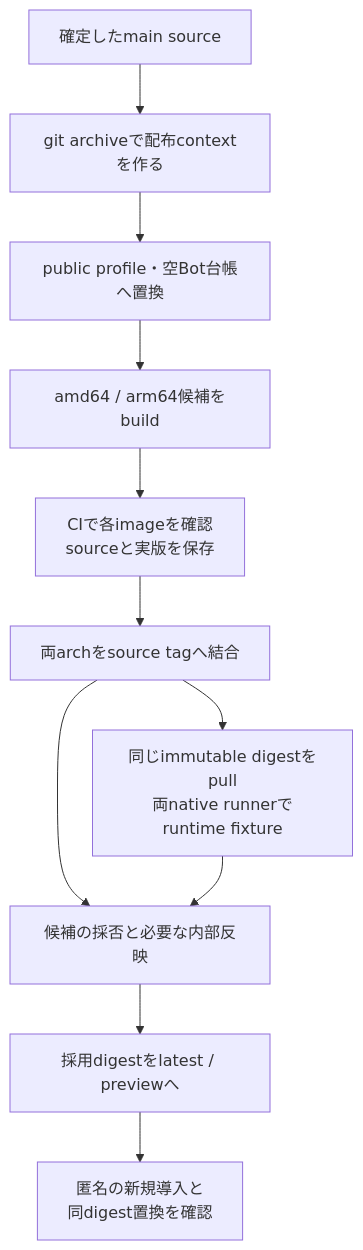
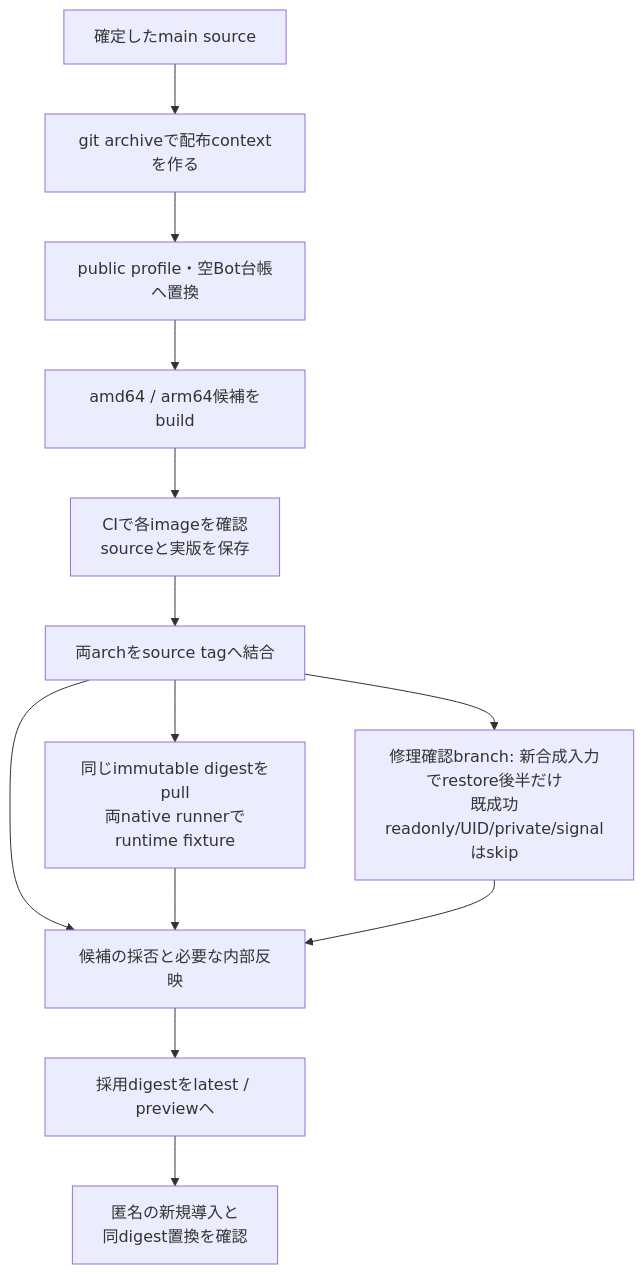
One commit to kitepon/BellTeam changed the diagram in docs/architecture/distribution-details.md. Above: the diagram before and after it, drawn with Mermaid. The commit also changed other lines of this file and 1 other file, not shown here.

Commit message:
Run only repaired H1 restore boundary against fixed candidate

````diff
--- a/docs/architecture/distribution-details.md
+++ b/docs/architecture/distribution-details.md
@@ -7,13 +7,15 @@
 ```mermaid
 flowchart TD
   Source["確定したmain source"] --> Package["git archiveで配布contextを作る"]
   Package --> Public["public profile・空Bot台帳へ置換"]
   Public --> Build["amd64 / arm64候補をbuild"]
   Build --> Check["CIで各imageを確認<br/>sourceと実版を保存"]
   Check --> Index["両archをsource tagへ結合"]
   Index --> Accept["候補の採否と必要な内部反映"]
   Index --> Runtime["同じimmutable digestをpull<br/>両native runnerでruntime fixture"]
   Runtime --> Accept
+  Index --> RestoreOnly["修理確認branch: 新合成入力でrestore後半だけ<br/>既成功readonly/UID/private/signalはskip"]
+  RestoreOnly --> Accept
   Accept --> Promote["採用digestをlatest / previewへ"]
   Promote --> Verify["匿名の新規導入と<br/>同digest置換を確認"]
 ```
````
